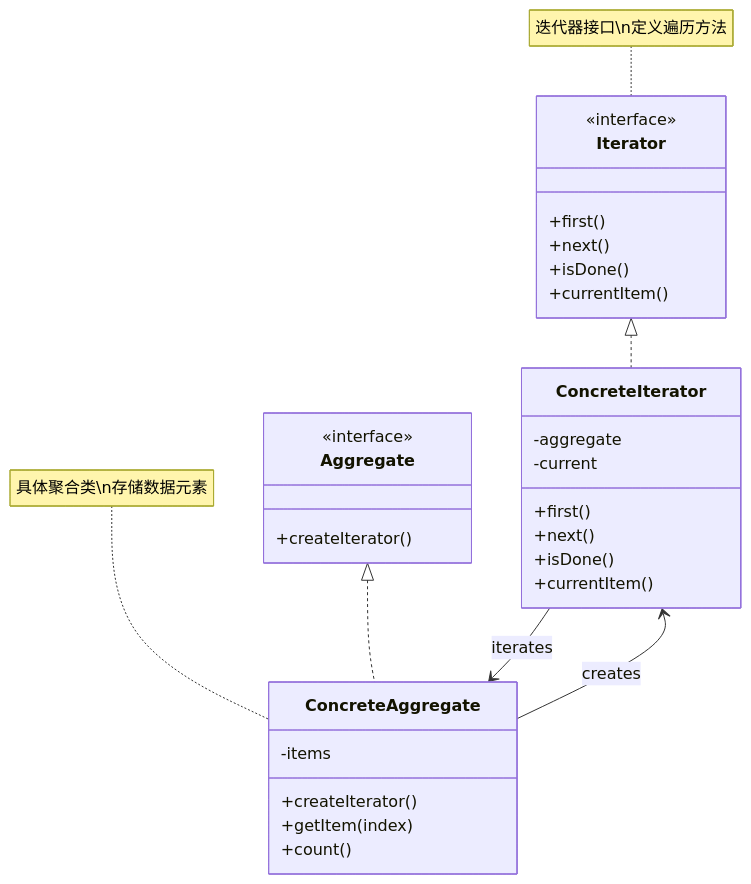
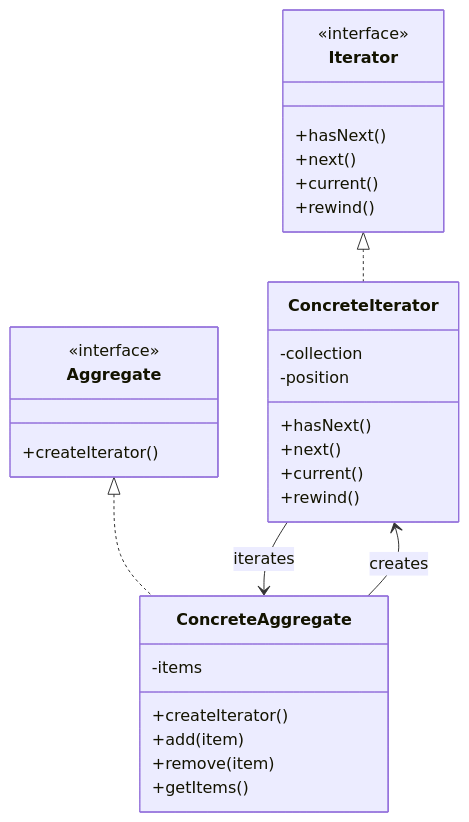
Before and after one commit to fanly/DesignPattern: the first of 7 diagrams in resources/design-patterns/laravel/behavioral/iterator_zh.md, drawn with Mermaid. The commit also changed other lines of this file and 11 other files, not shown here.

````diff
--- a/resources/design-patterns/laravel/behavioral/iterator_zh.md
+++ b/resources/design-patterns/laravel/behavioral/iterator_zh.md
@@ -10,39 +10,37 @@
 ```mermaid
 classDiagram
     class Iterator {
         <<interface>>
-        +first()
+        +hasNext()
         +next()
-        +isDone()
-        +currentItem()
+        +current()
+        +rewind()
     }
     
     class ConcreteIterator {
-        -aggregate
-        -current
-        +first()
+        -collection
+        -position
+        +hasNext()
         +next()
-        +isDone()
-        +currentItem()
+        +current()
+        +rewind()
     }
     
     class Aggregate {
         <<interface>>
         +createIterator()
     }
     
     class ConcreteAggregate {
         -items
         +createIterator()
-        +getItem(index)
-        +count()
+        +add(item)
+        +remove(item)
+        +getItems()
     }
     
     Iterator <|.. ConcreteIterator
     Aggregate <|.. ConcreteAggregate
+    ConcreteAggregate --> ConcreteIterator : creates
     ConcreteIterator --> ConcreteAggregate : iterates
-    ConcreteAggregate --> ConcreteIterator : creates
-    
-    note for Iterator "迭代器接口\n定义遍历方法"
-    note for ConcreteAggregate "具体聚合类\n存储数据元素"
 ```
````
